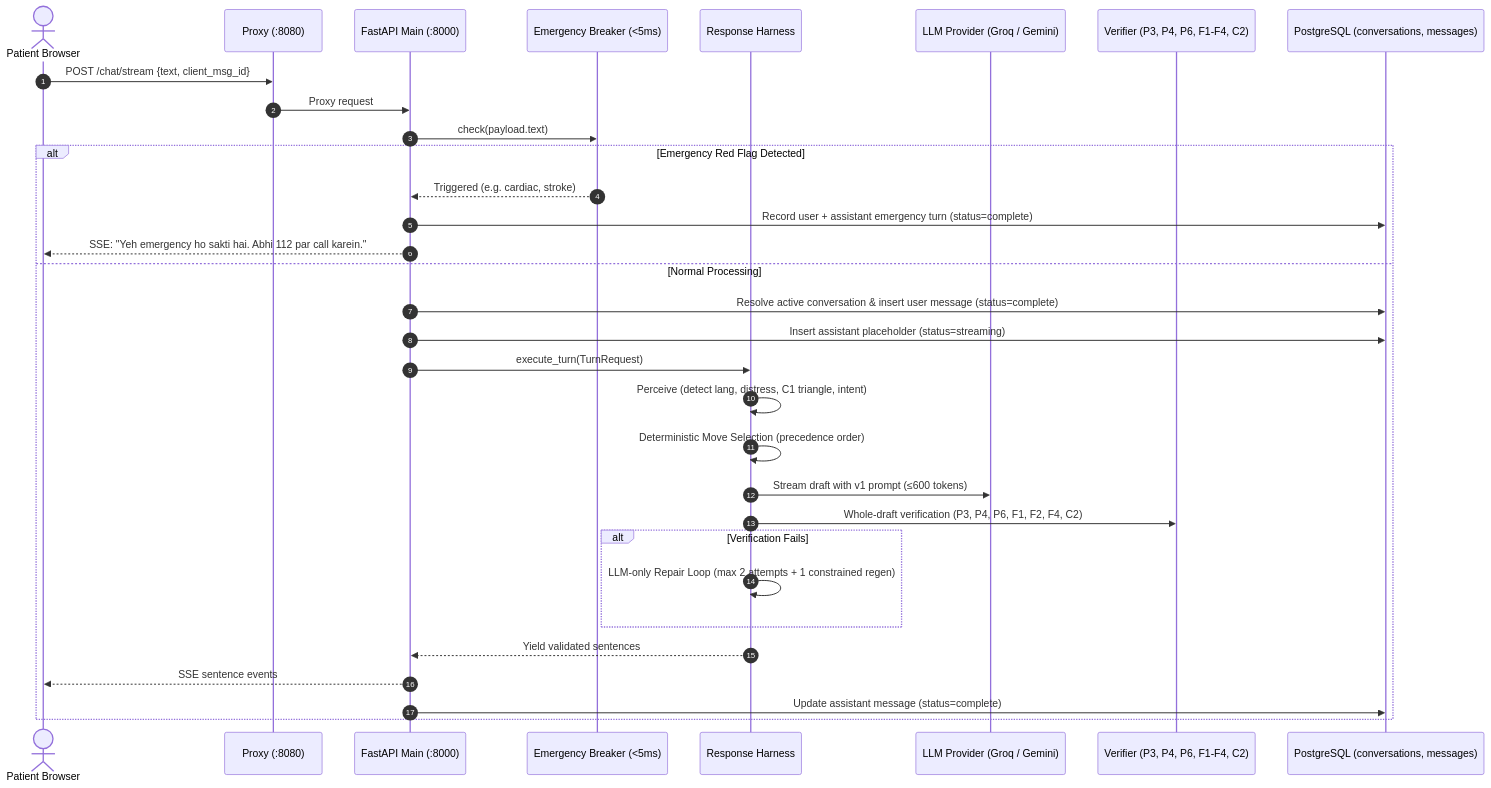
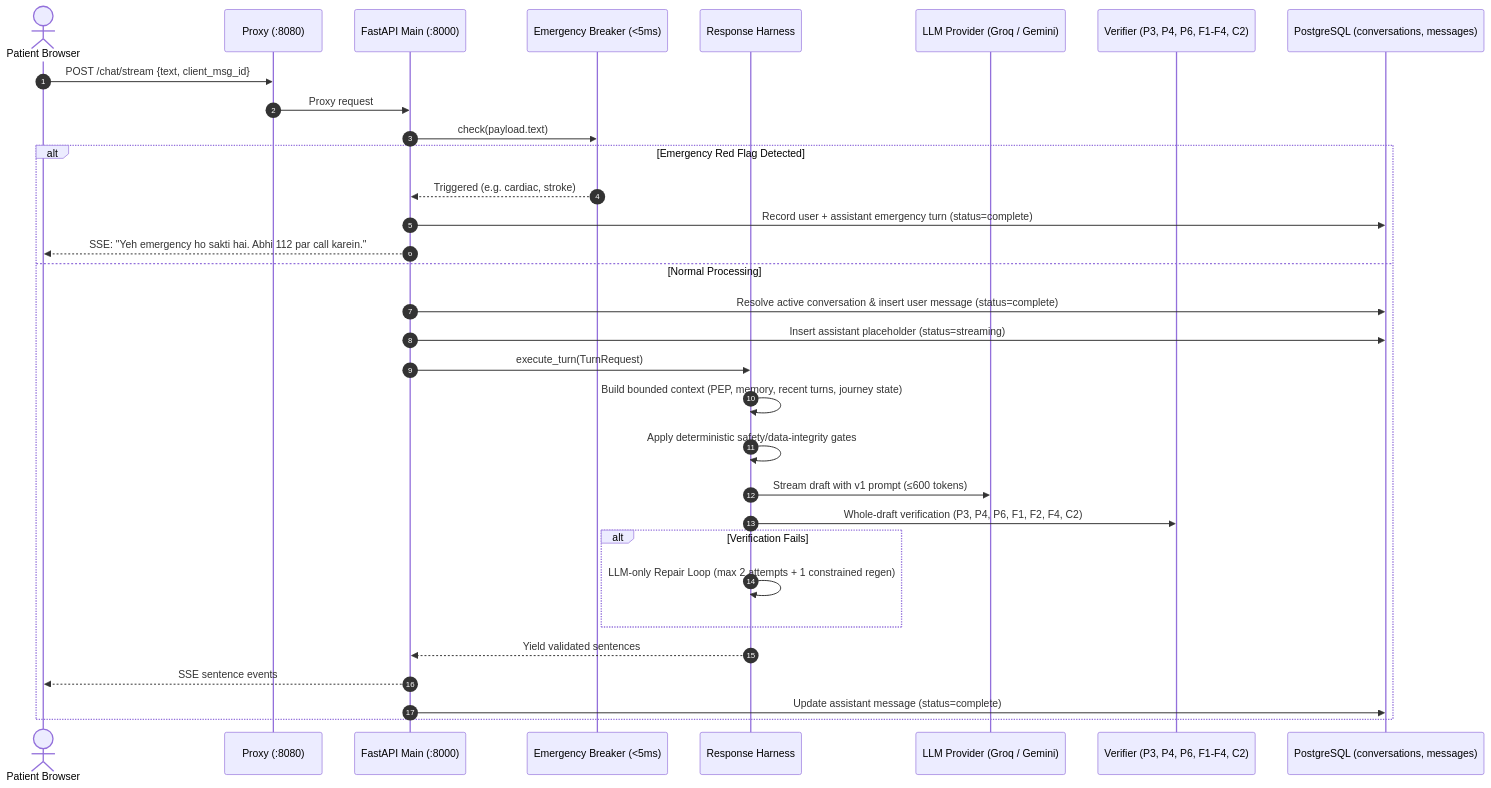
One commit to saahilpal/disha-ai changed the second of 2 diagrams in docs/HOW_IT_WORKS.md. Above: the diagram before and after it, drawn with Mermaid. The commit also changed other lines of this file and 6 other files, not shown here.

Commit message:
refactor(conversation): let the model drive coaching flow

````diff
--- a/docs/HOW_IT_WORKS.md
+++ b/docs/HOW_IT_WORKS.md
@@ -36,35 +36,35 @@
 ```mermaid
 sequenceDiagram
     autonumber
     actor User as Patient Browser
     participant Nginx as Proxy (:8080)
     participant Main as FastAPI Main (:8000)
     participant Breaker as Emergency Breaker (<5ms)
     participant Harness as Response Harness
     participant LLM as LLM Provider (Groq / Gemini)
     participant Verifier as Verifier (P3, P4, P6, F1-F4, C2)
     participant DB as PostgreSQL (conversations, messages)
 
     User->>Nginx: POST /chat/stream {text, client_msg_id}
     Nginx->>Main: Proxy request
     Main->>Breaker: check(payload.text)
     alt Emergency Red Flag Detected
         Breaker-->>Main: Triggered (e.g. cardiac, stroke)
         Main->>DB: Record user + assistant emergency turn (status=complete)
         Main-->>User: SSE: "Yeh emergency ho sakti hai. Abhi 112 par call karein."
     else Normal Processing
         Main->>DB: Resolve active conversation & insert user message (status=complete)
         Main->>DB: Insert assistant placeholder (status=streaming)
         Main->>Harness: execute_turn(TurnRequest)
-        Harness->>Harness: Perceive (detect lang, distress, C1 triangle, intent)
-        Harness->>Harness: Deterministic Move Selection (precedence order)
+        Harness->>Harness: Build bounded context (PEP, memory, recent turns, journey state)
+        Harness->>Harness: Apply deterministic safety/data-integrity gates
         Harness->>LLM: Stream draft with v1 prompt (≤600 tokens)
         Harness->>Verifier: Whole-draft verification (P3, P4, P6, F1, F2, F4, C2)
         alt Verification Fails
             Harness->>Harness: LLM-only Repair Loop (max 2 attempts + 1 constrained regen)
         end
         Harness-->>Main: Yield validated sentences
         Main-->>User: SSE sentence events
         Main->>DB: Update assistant message (status=complete)
     end
 ```
````
